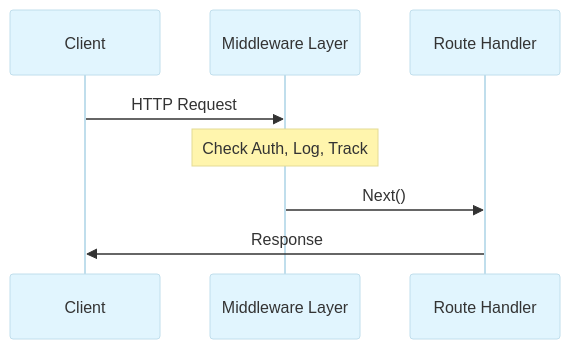
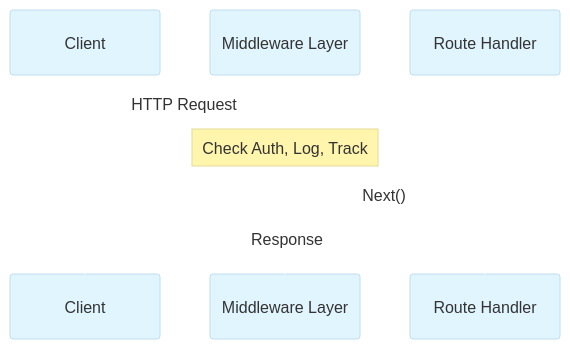
The fourth of 5 diagrams in CODEBASE_ANALYSIS.md (alvianzf/introduction-to-nest), drawn with Mermaid before and after one commit. The commit also changed other lines of this file and 2 other files, not shown here.

Commit message:
Fix Mermaid visibility: Force white lines with linkStyle and explicit theme variables

````diff
--- a/CODEBASE_ANALYSIS.md
+++ b/CODEBASE_ANALYSIS.md
@@ -65,12 +69,12 @@
 ```mermaid
-%%{init: {'theme': 'base', 'themeVariables': { 'primaryColor': '#e1f5fe', 'edgeColor': '#ffffff', 'tertiaryColor': '#fff9c4', 'lineColor': '#ffffff'}}}%%
+%%{init: {'theme': 'base', 'themeVariables': { 'primaryColor': '#e1f5fe', 'edgeColor': '#ffffff', 'tertiaryColor': '#fff9c4', 'lineColor': '#ffffff', 'actorLineColor': '#ffffff', 'signalColor': '#ffffff'}}}%%
 sequenceDiagram
     participant C as Client
     participant M as Middleware Layer
     participant H as Route Handler
     
     C->>M: HTTP Request
     Note over M: Check Auth, Log, Track
     M->>H: Next()
     H->>C: Response
 ```
````
